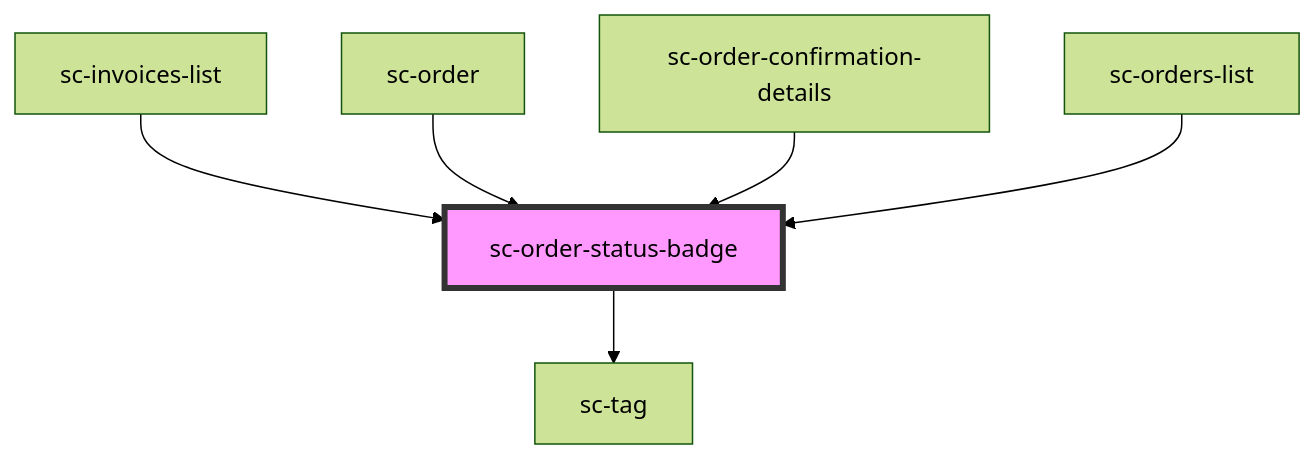
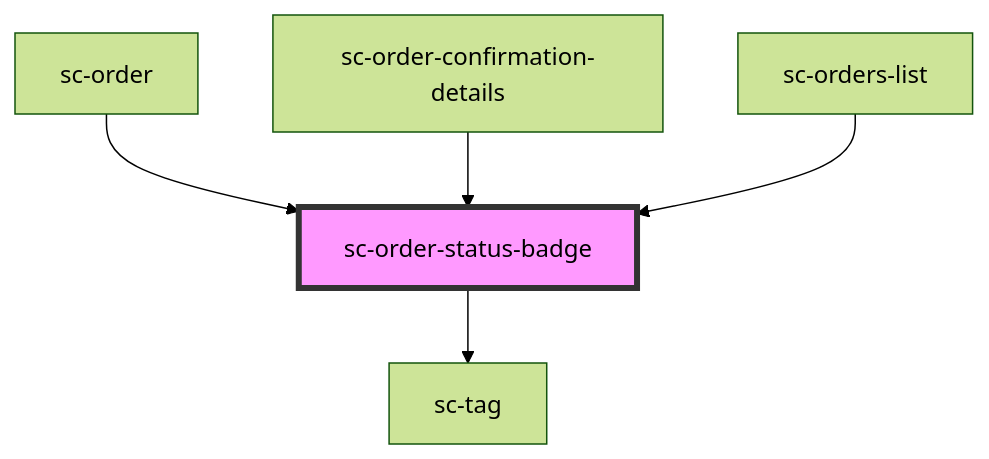
One commit to surecart/surecart-wp-plugin changed the diagram in packages/components/src/components/ui/order-status-badge/readme.md. Above: the diagram before and after it, drawn with Mermaid (forest theme). The commit also changed other lines of this file and 16 other files, not shown here.

````diff
--- a/packages/components/src/components/ui/order-status-badge/readme.md
+++ b/packages/components/src/components/ui/order-status-badge/readme.md
@@ -32,9 +31,8 @@
 ```mermaid
 graph TD;
   sc-order-status-badge --> sc-tag
-  sc-invoices-list --> sc-order-status-badge
   sc-order --> sc-order-status-badge
   sc-order-confirmation-details --> sc-order-status-badge
   sc-orders-list --> sc-order-status-badge
   style sc-order-status-badge fill:#f9f,stroke:#333,stroke-width:4px
 ```
````
